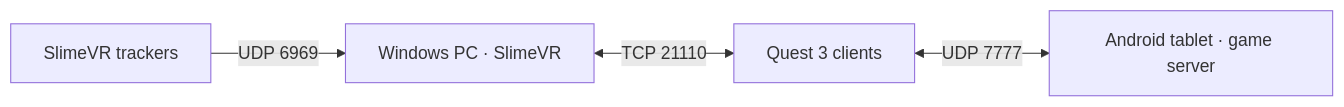
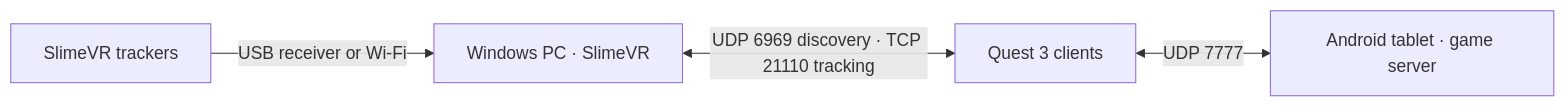
Before and after one commit to blacktheon/VRBodyTracking: the diagram in README.md, drawn with Mermaid. The commit also changed other lines of this file and 3 other files, not shown here.

````diff
--- a/README.md
+++ b/README.md
@@ -98,6 +105,6 @@
 ```mermaid
 flowchart LR
-    sensors["SlimeVR trackers"] -->|UDP 6969| pc["Windows PC · SlimeVR"]
-    pc <-->|TCP 21110| quest["Quest 3 clients"]
+    sensors["SlimeVR trackers"] -->|USB receiver or Wi-Fi| pc["Windows PC · SlimeVR"]
+    pc <-->|UDP 6969 discovery · TCP 21110 tracking| quest["Quest 3 clients"]
     quest <-->|UDP 7777| tablet["Android tablet · game server"]
 ```
````
